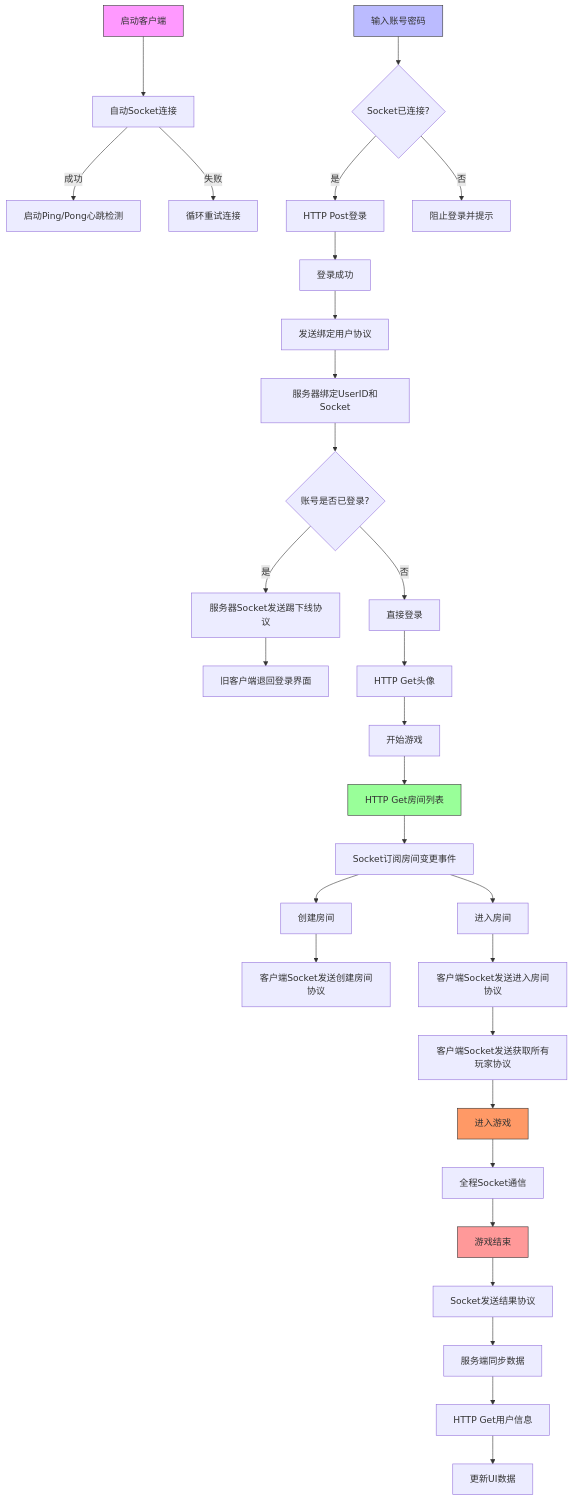
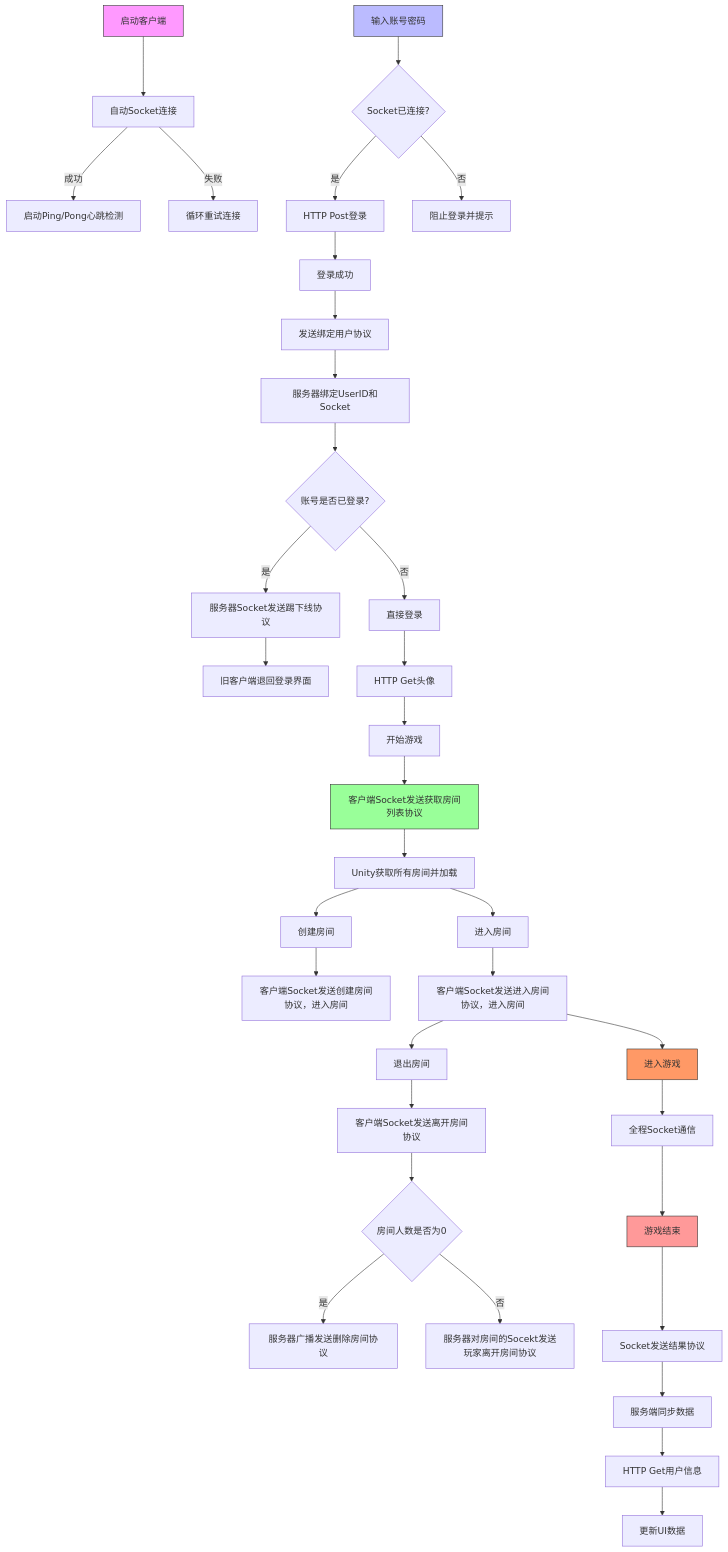
Before and after one commit to lsxk0830/NetworkGame: the first of 7 diagrams in README.md, drawn with Mermaid.

````diff
--- a/README.md
+++ b/README.md
@@ -11,47 +11,52 @@
 ```mermaid
 graph TD
     A[启动客户端] --> B[自动Socket连接]
     B -->|成功| C[启动Ping/Pong心跳检测]
     B -->|失败| D[循环重试连接]
     
     E[输入账号密码] --> F{Socket已连接?}
     F -->|是| G[HTTP Post登录]
     F -->|否| H[阻止登录并提示]
     
     G --> I[登录成功]
     I --> J[发送绑定用户协议]
     J --> K[服务器绑定UserID和Socket]
     
     K --> L{账号是否已登录?}
     L -->|是| M[服务器Socket发送踢下线协议]
     L -->|否| N[直接登录]
     M --> O[旧客户端退回登录界面]
     
     N --> P[HTTP Get头像]
     
     P --> Q[开始游戏]
     
-    Q --> R[HTTP Get房间列表]
-    R --> S[Socket订阅房间变更事件]
+    Q --> R[客户端Socket发送获取房间列表协议]
+    R --> S[Unity获取所有房间并加载]
     
     S --> T[创建房间]
-    T --> U[客户端Socket发送创建房间协议]
+    T --> U[客户端Socket发送创建房间协议，进入房间]
     S --> V[进入房间]
-    V --> W[客户端Socket发送进入房间协议]
-    W --> X[客户端Socket发送获取所有玩家协议]
+    V --> W[客户端Socket发送进入房间协议，进入房间]
+    W --> X[退出房间]
     
-    X --> Y[进入游戏]
+    X --> X1[客户端Socket发送离开房间协议]
+    X1 --> X2{房间人数是否为0}
+    X2 -->|是| X3[服务器广播发送删除房间协议]
+    X2 -->|否| X4[服务器对房间的Socekt发送玩家离开房间协议]
+    
+    W --> Y[进入游戏]
     Y --> Z[全程Socket通信]
     
     Z --> AA[游戏结束]
     AA --> AB[Socket发送结果协议]
     AB --> AC[服务端同步数据]
     AC --> AD[HTTP Get用户信息]
     AD --> AE[更新UI数据]
     
     style A fill:#f9f,stroke:#333
     style E fill:#bbf,stroke:#333
     style R fill:#9f9,stroke:#333
     style Y fill:#f96,stroke:#333
     style AA fill:#f99,stroke:#333
 ```
````
